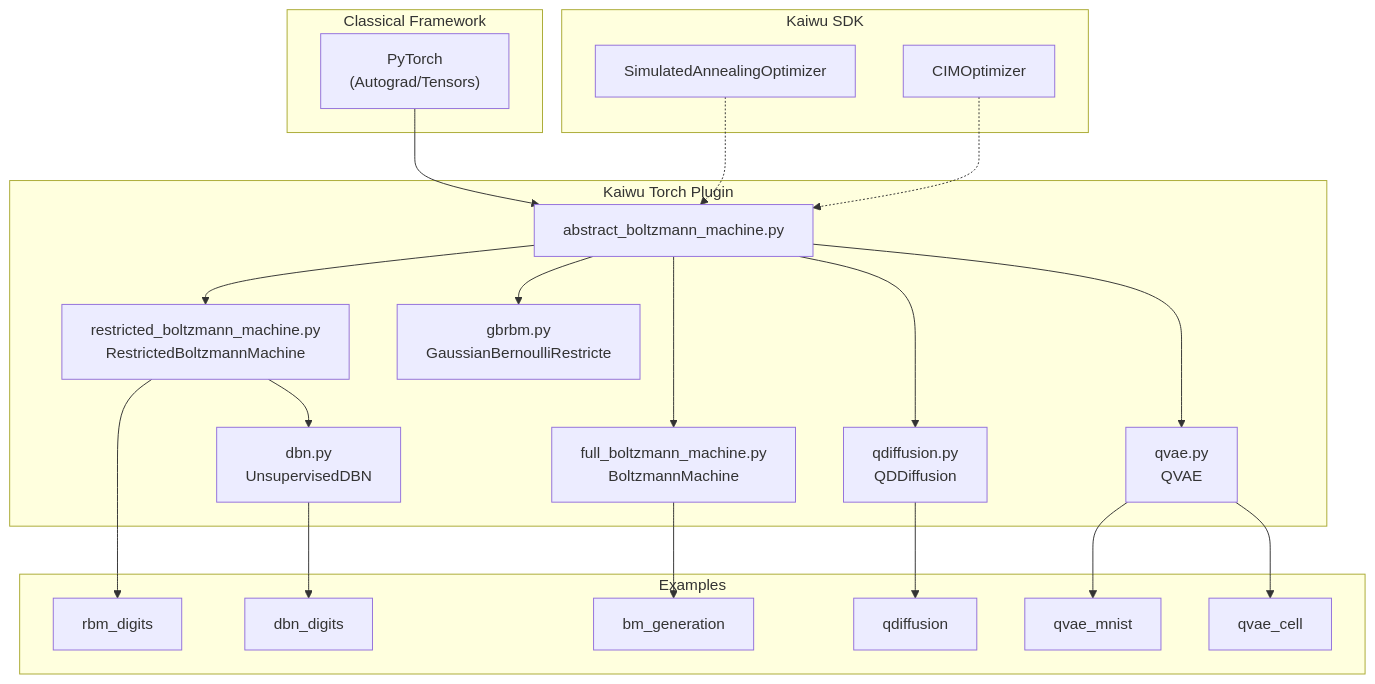
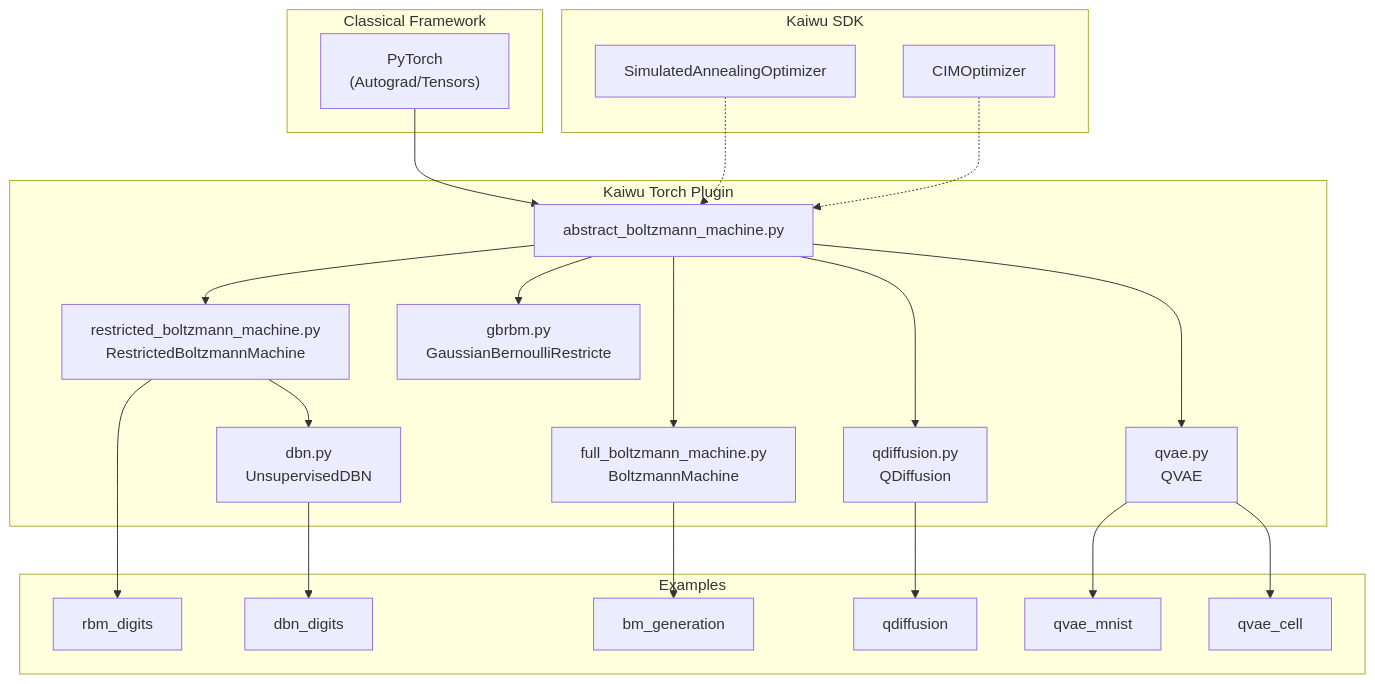
The first of 3 diagrams in docs/source/getting_started/introduction.md (cwu137/kaiwu-pytorch-plugin), drawn with Mermaid before and after one commit. The commit also changed 26 other files, not shown here.

````diff
--- a/docs/source/getting_started/introduction.md
+++ b/docs/source/getting_started/introduction.md
@@ -51,45 +51,45 @@
 ```{mermaid}
 graph TD
     subgraph Classical_Framework ["Classical Framework"]
         PyTorch["PyTorch<br>(Autograd/Tensors)"]
     end
     subgraph Kaiwu_SDK ["Kaiwu SDK"]
         SA["SimulatedAnnealingOptimizer"]
         CIM["CIMOptimizer"]
     end
     subgraph Torch_Plugin ["Kaiwu Torch Plugin"]
         Abstract["abstract_boltzmann_machine.py"]
         RBM["restricted_boltzmann_machine.py<br>RestrictedBoltzmannMachine"]
         GBRBM["gbrbm.py<br>GaussianBernoulliRestricte"]
         DBN["dbn.py<br>UnsupervisedDBN"]
         FullBM["full_boltzmann_machine.py<br>BoltzmannMachine"]
-        QDiff["qdiffusion.py<br>QDDiffusion"]
+        QDiff["qdiffusion.py<br>QDiffusion"]
         QVAE["qvae.py<br>QVAE"]
     end
     subgraph Examples
         rbm_digits["rbm_digits"]
         dbn_digits["dbn_digits"]
         bm_generation["bm_generation"]
         qdiffusion["qdiffusion"]
         qvae_mnist["qvae_mnist"]
         qvae_cell["qvae_cell"]
     end
     %% 顶部到插件
     PyTorch --> Abstract
     SA -.-> Abstract
     CIM -.-> Abstract
     %% 插件内部
     Abstract --> RBM
     Abstract --> GBRBM
     Abstract --> FullBM
     Abstract --> QDiff
     Abstract --> QVAE
     RBM --> DBN
     %% 插件到Examples
     RBM --> rbm_digits
     DBN --> dbn_digits
     FullBM --> bm_generation
     QDiff --> qdiffusion
     QVAE --> qvae_mnist
     QVAE --> qvae_cell
 ```
````
